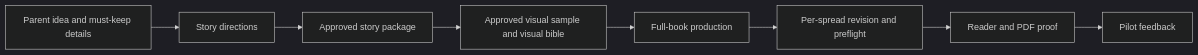
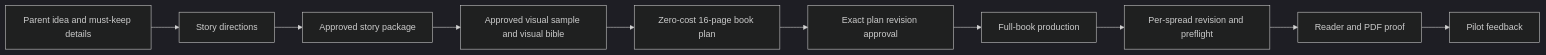
Before and after one commit to bhadrip/kids-book-gen: the second of 4 diagrams in ARCHITECTURE.md, drawn with Mermaid (dark theme). The commit also changed other lines of this file and 21 other files, not shown here.

Commit message:
feat: add zero-cost book preview and approval flow

````diff
--- a/ARCHITECTURE.md
+++ b/ARCHITECTURE.md
@@ -40,10 +40,12 @@
 ```mermaid
 flowchart LR
   Idea[Parent idea and must-keep details] --> Directions[Story directions]
   Directions --> Story[Approved story package]
   Story --> Visual[Approved visual sample and visual bible]
-  Visual --> Production[Full-book production]
+  Visual --> Plan[Zero-cost 16-page book plan]
+  Plan --> Approval[Exact plan revision approval]
+  Approval --> Production[Full-book production]
   Production --> Revision[Per-spread revision and preflight]
   Revision --> Reader[Reader and PDF proof]
   Reader --> Feedback[Pilot feedback]
 ```
````
